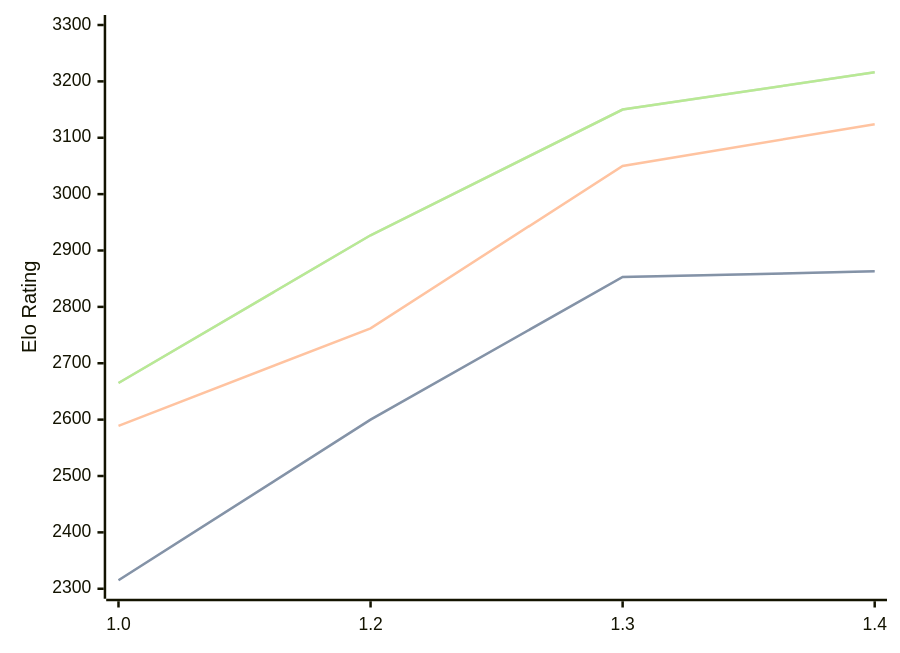
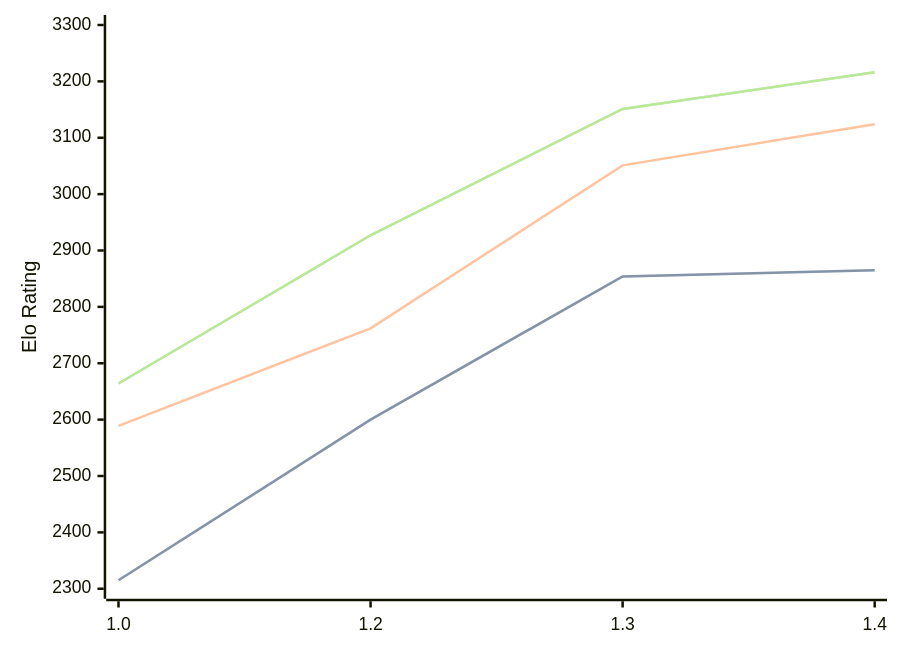
The third of 3 diagrams in engines/Chessnix.md (computer-chess-index/cci), drawn with Mermaid before and after one commit. The commit also changed other lines of this file, not shown here.

Commit message:
Update CCI Ratings (ELO VLTC) - 2026-06-21

````diff
--- a/engines/Chessnix.md
+++ b/engines/Chessnix.md
@@ -69,11 +69,11 @@
 ```mermaid
 %%{init: {"theme":"base","themeVariables":{"seriesColors:['#a3a3a3','#222221','#faa371']}}}%%
 xychart-beta
   x-axis ["1.0", "1.2", "1.3", "1.4"]
   y-axis "Elo Rating" 2300 --> 3300
-  line "STC (8.0+0.08s)" [2315, 2600, 2853, 2863]
-  line "STC (8.0+0.08s)" [2315, 2600, 2853, 2863]
-  line "LTC (60.0+0.60s)" [2589, 2762, 3050, 3124]
-  line "VLTC (2m24s+1.12s)" [2665, 2927, 3150, 3216]
-  line "VLTC (2m24s+1.12s)" [2665, 2927, 3150, 3216]
+  line "STC (8.0+0.08s)" [2315, 2600, 2854, 2865]
+  line "STC (8.0+0.08s)" [2315, 2600, 2854, 2865]
+  line "LTC (60.0+0.60s)" [2589, 2762, 3051, 3124]
+  line "VLTC (2m24s+1.12s)" [2664, 2927, 3151, 3216]
+  line "VLTC (2m24s+1.12s)" [2664, 2927, 3151, 3216]
 ```
````
